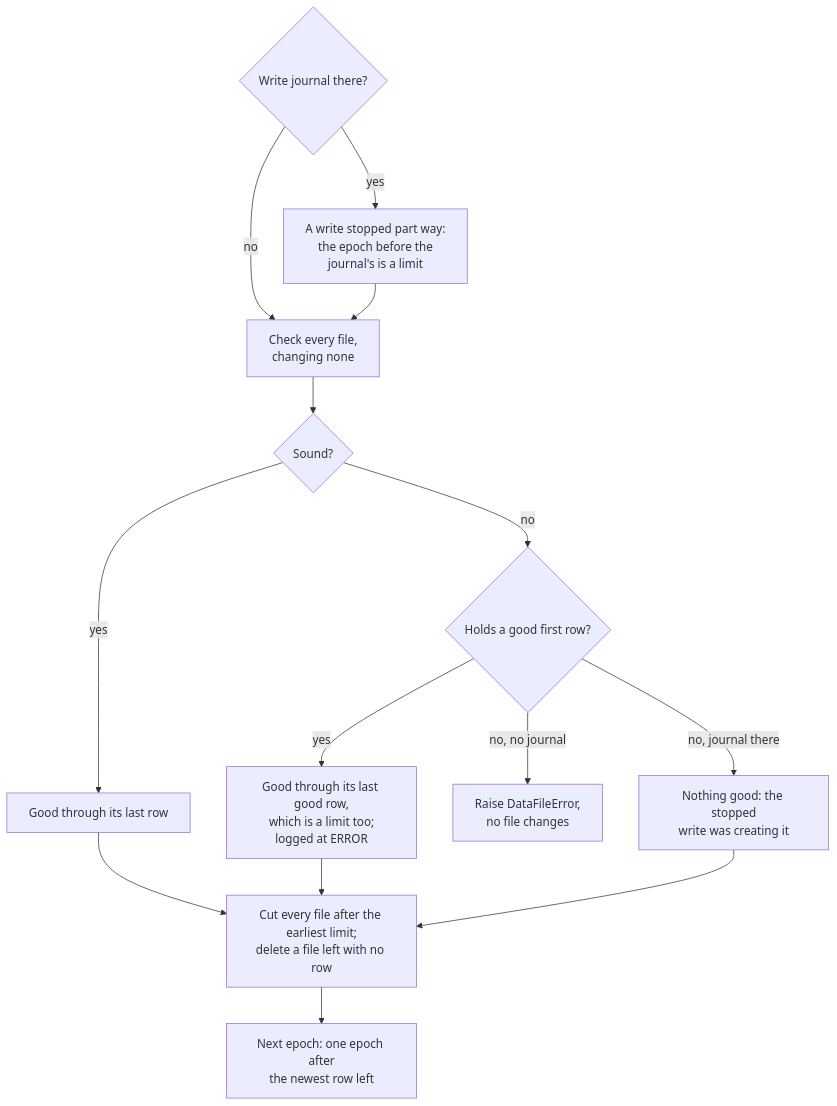
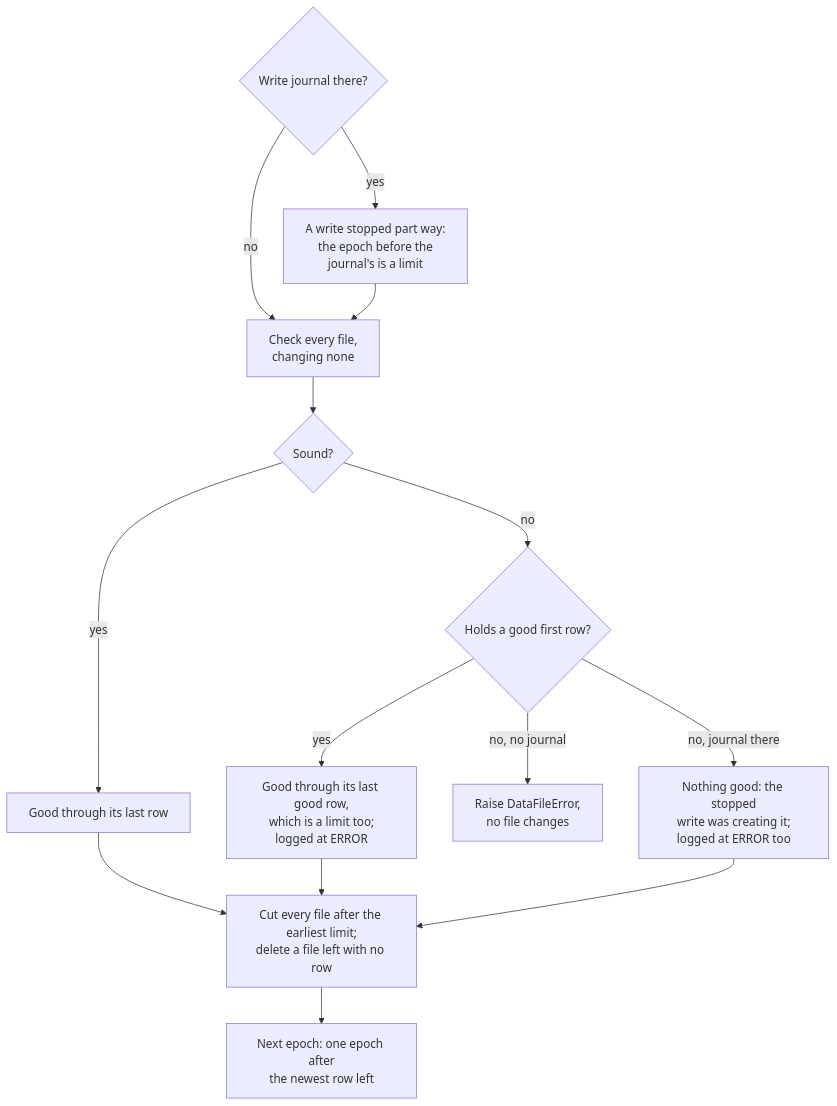
One commit to osmeyer/masterclock changed the seventh of 17 diagrams in docs/das_processor/design.md. Above: the diagram before and after it, drawn with Mermaid. The commit also changed other lines of this file and 8 other files, not shown here.

````diff
--- a/docs/das_processor/design.md
+++ b/docs/das_processor/design.md
@@ -1285,16 +1386,16 @@
 ```mermaid
 flowchart TD
     J{Write journal there?} -- yes --> LIM[A write stopped part way:<br/>the epoch before the<br/>journal's is a limit]
     J -- no --> CK
     LIM --> CK[Check every file,<br/>changing none]
     CK --> SOUND{Sound?}
     SOUND -- yes --> KEEP[Good through its last row]
     SOUND -- no --> FIRST{Holds a good first row?}
     FIRST -- yes --> DAM[Good through its last good row,<br/>which is a limit too;<br/>logged at ERROR]
     FIRST -- "no, no journal" --> STOP[Raise DataFileError,<br/>no file changes]
-    FIRST -- "no, journal there" --> NONE[Nothing good: the stopped<br/>write was creating it]
+    FIRST -- "no, journal there" --> NONE[Nothing good: the stopped<br/>write was creating it;<br/>logged at ERROR too]
     KEEP --> CUT[Cut every file after the earliest limit;<br/>delete a file left with no row]
     DAM --> CUT
     NONE --> CUT
     CUT --> NEXT[Next epoch: one epoch after<br/>the newest row left]
 ```
````
